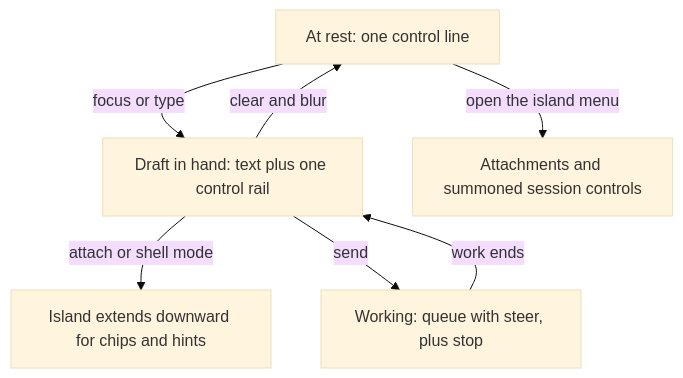
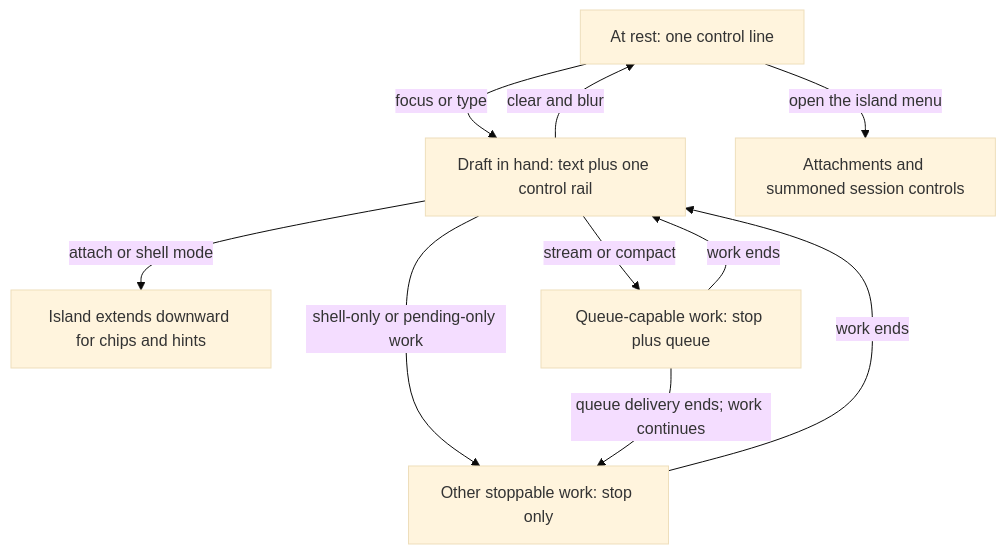
One commit to forgerie/forgerie changed the diagram in work/items/active/01KZQD4T7N8B2K5M9V1XW3PH6C-floating-composer-island/requirements.md. Above: the diagram before and after it, drawn with Mermaid (base theme). The commit also changed other lines of this file and 1 other file, not shown here.

Commit message:
docs(composer): plan working controls

````diff
--- a/work/items/active/01KZQD4T7N8B2K5M9V1XW3PH6C-floating-composer-island/requirements.md
+++ b/work/items/active/01KZQD4T7N8B2K5M9V1XW3PH6C-floating-composer-island/requirements.md
@@ -44,9 +44,12 @@
 ```mermaid
 flowchart TB
     Rest[At rest: one control line] -->|focus or type| Draft[Draft in hand: text plus one control rail]
     Draft -->|attach or shell mode| Extend[Island extends downward for chips and hints]
-    Draft -->|send| Working[Working: queue with steer, plus stop]
-    Working -->|work ends| Draft
+    Draft -->|stream or compact| Queueable[Queue-capable work: stop plus queue]
+    Draft -->|shell-only or pending-only work| StopOnly[Other stoppable work: stop only]
+    Queueable -->|queue delivery ends; work continues| StopOnly
+    Queueable -->|work ends| Draft
+    StopOnly -->|work ends| Draft
     Draft -->|clear and blur| Rest
     Rest -->|open the island menu| Secondary[Attachments and summoned session controls]
 ```
````
